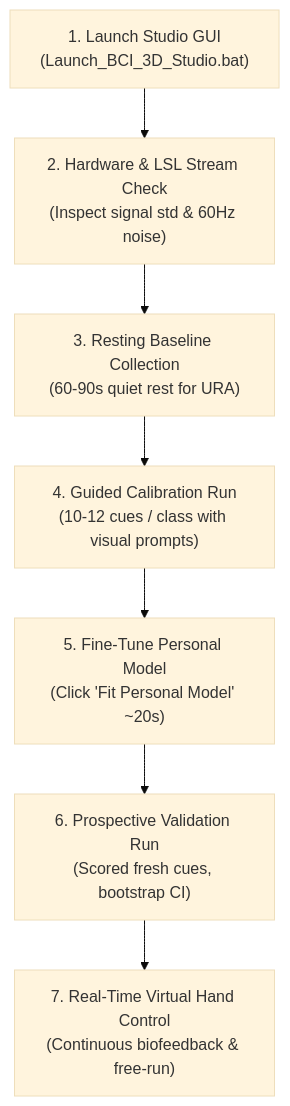
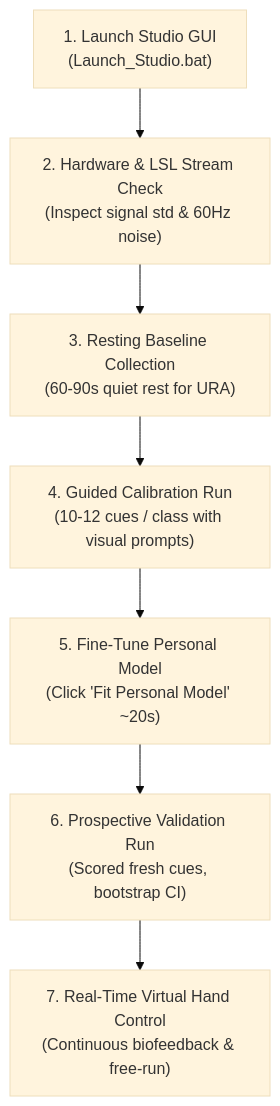
One commit to ZioJack1999/master-project changed the diagram in CLINICAL_BCI_RECORDING_AND_VALIDATION_PROTOCOL.md. Above: the diagram before and after it, drawn with Mermaid (base theme). The commit also changed other lines of this file and 28 other files, not shown here.

Commit message:
Unify the BCI studio and class profile selection

````diff
--- a/CLINICAL_BCI_RECORDING_AND_VALIDATION_PROTOCOL.md
+++ b/CLINICAL_BCI_RECORDING_AND_VALIDATION_PROTOCOL.md
@@ -69,9 +69,9 @@
 ```mermaid
 flowchart TD
-    A["1. Launch Studio GUI<br/>(Launch_BCI_3D_Studio.bat)"] --> B["2. Hardware & LSL Stream Check<br/>(Inspect signal std & 60Hz noise)"]
+    A["1. Launch Studio GUI<br/>(Launch_Studio.bat)"] --> B["2. Hardware & LSL Stream Check<br/>(Inspect signal std & 60Hz noise)"]
     B --> C["3. Resting Baseline Collection<br/>(60-90s quiet rest for URA)"]
     C --> D["4. Guided Calibration Run<br/>(10-12 cues / class with visual prompts)"]
     D --> E["5. Fine-Tune Personal Model<br/>(Click 'Fit Personal Model' ~20s)"]
     E --> F["6. Prospective Validation Run<br/>(Scored fresh cues, bootstrap CI)"]
     F --> G["7. Real-Time Virtual Hand Control<br/>(Continuous biofeedback & free-run)"]
 ```
````
